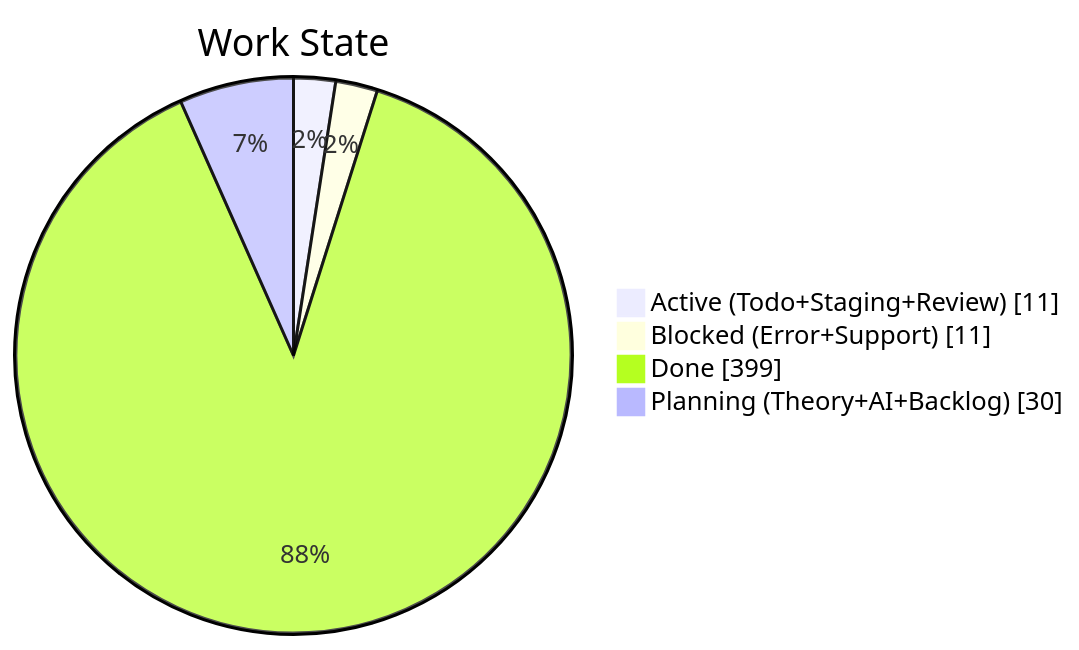
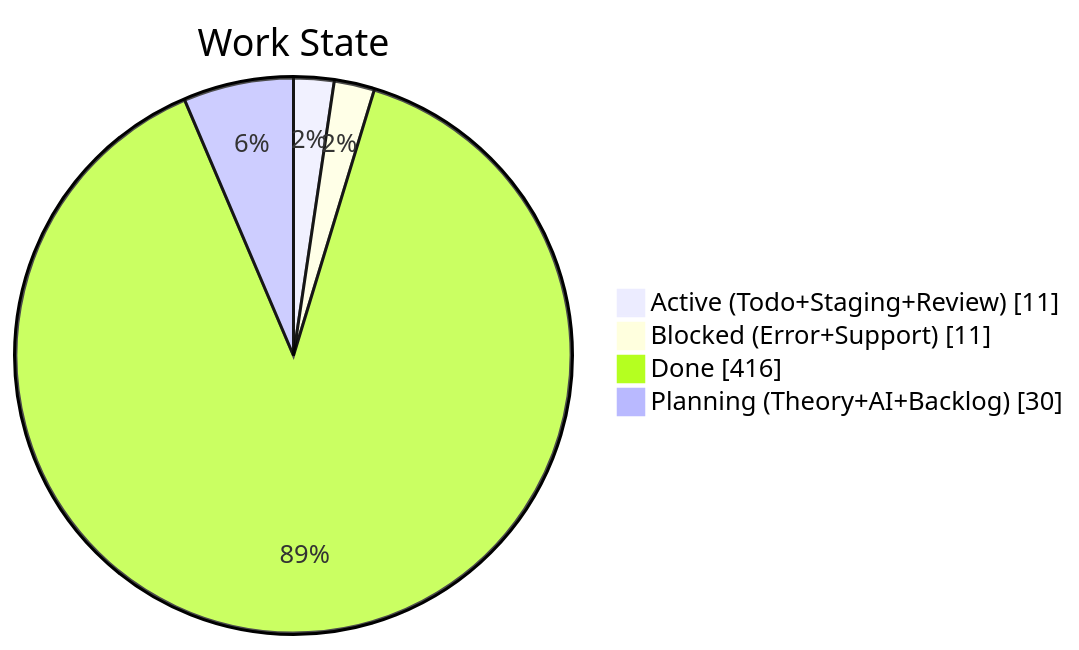
Before and after one commit to KBVE/kbve: the second of 4 diagrams in apps/kbve/astro-kbve/src/content/docs/dashboard/kanban-data.mdx, drawn with Mermaid. The commit also changed other lines of this file and 8 other files, not shown here.

````diff
--- a/apps/kbve/astro-kbve/src/content/docs/dashboard/kanban-data.mdx
+++ b/apps/kbve/astro-kbve/src/content/docs/dashboard/kanban-data.mdx
@@ -68,8 +68,8 @@
 ```mermaid
 pie showData
     title Work State
     "Active (Todo+Staging+Review)" : 11
     "Blocked (Error+Support)" : 11
-    "Done" : 399
+    "Done" : 416
     "Planning (Theory+AI+Backlog)" : 30
 ```
````
